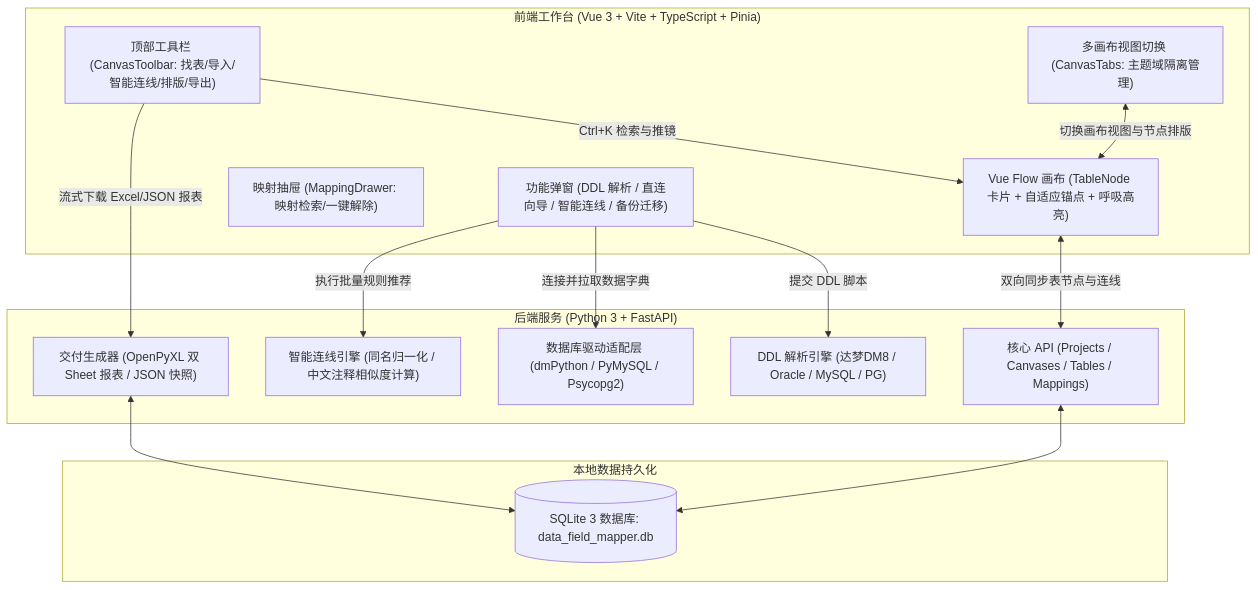
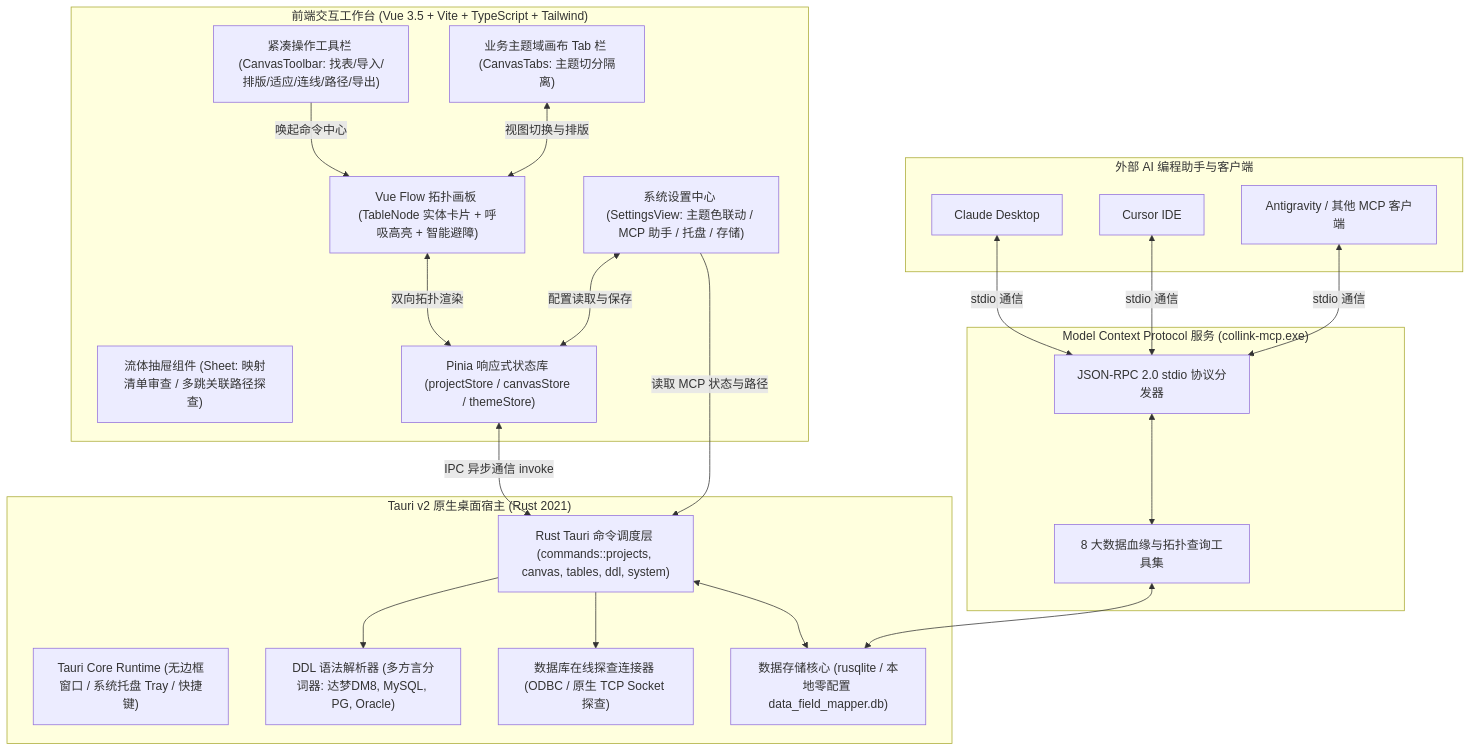
The diagram in README.md (Guobamao/ColLink), drawn with Mermaid before and after one commit. The commit also changed other lines of this file and 2 other files, not shown here.

Commit message:
docs: rewrite README with Tauri v2 architecture, MCP integration, and UI showcase

````diff
--- a/README.md
+++ b/README.md
@@ -143,32 +204,47 @@
 ```mermaid
 flowchart TD
-    subgraph Client ["前端工作台 (Vue 3 + Vite + TypeScript + Pinia)"]
-        UI_Toolbar["顶部工具栏 (CanvasToolbar: 找表/导入/智能连线/排版/导出)"]
-        UI_Tabs["多画布视图切换 (CanvasTabs: 主题域隔离管理)"]
-        UI_Canvas["Vue Flow 画布 (TableNode 卡片 + 自适应锚点 + 呼吸高亮)"]
-        UI_Drawer["映射抽屉 (MappingDrawer: 映射检索/一键解除)"]
-        UI_Dialogs["功能弹窗 (DDL 解析 / 直连向导 / 智能连线 / 备份迁移)"]
+    subgraph Client ["前端交互工作台 (Vue 3.5 + Vite + TypeScript + Tailwind)"]
+        Toolbar["紧凑操作工具栏 (CanvasToolbar: 找表/导入/排版/适应/连线/路径/导出)"]
+        Tabs["业务主题域画布 Tab 栏 (CanvasTabs: 主题切分隔离)"]
+        CanvasView["Vue Flow 拓扑画板 (TableNode 实体卡片 + 呼吸高亮 + 智能避障)"]
+        Drawers["流体抽屉组件 (Sheet: 映射清单审查 / 多跳关联路径探查)"]
+        SettingsPage["系统设置中心 (SettingsView: 主题色联动 / MCP 助手 / 托盘 / 存储)"]
+        Stores["Pinia 响应式状态库 (projectStore / canvasStore / themeStore)"]
     end
 
-    subgraph Server ["后端服务 (Python 3 + FastAPI)"]
-        API_Parser["DDL 解析引擎 (达梦DM8 / Oracle / MySQL / PG)"]
-        API_Connector["数据库驱动适配层 (dmPython / PyMySQL / Psycopg2)"]
-        API_AutoMap["智能连线引擎 (同名归一化 / 中文注释相似度计算)"]
-        API_Core["核心 API (Projects / Canvases / Tables / Mappings)"]
-        API_Export["交付生成器 (OpenPyXL 双 Sheet 报表 / JSON 快照)"]
+    subgraph DesktopApp ["Tauri v2 原生桌面宿主 (Rust 2021)"]
+        TauriCore["Tauri Core Runtime (无边框窗口 / 系统托盘 Tray / 快捷键)"]
+        Commands["Rust Tauri 命令调度层 (commands::projects, canvas, tables, ddl, system)"]
+        DDLEngine["DDL 语法解析器 (多方言分词器: 达梦DM8, MySQL, PG, Oracle)"]
+        DBConnector["数据库在线探查连接器 (ODBC / 原生 TCP Socket 探查)"]
+        StorageEngine["数据存储核心 (rusqlite / 本地零配置 data_field_mapper.db)"]
     end
 
-    subgraph Storage ["本地数据持久化"]
-        DB[(SQLite 3 数据库: data_field_mapper.db)]
+    subgraph MCPServer ["Model Context Protocol 服务 (collink-mcp.exe)"]
+        StdioRPC["JSON-RPC 2.0 stdio 协议分发器"]
+        MCPTools["8 大数据血缘与拓扑查询工具集"]
     end
 
-    UI_Toolbar -->|Ctrl+K 检索与推镜| UI_Canvas
-    UI_Tabs <-->|切换画布视图与节点排版| UI_Canvas
-    UI_Dialogs -->|提交 DDL 脚本| API_Parser
-    UI_Dialogs -->|连接并拉取数据字典| API_Connector
-    UI_Dialogs -->|执行批量规则推荐| API_AutoMap
-    UI_Canvas <-->|双向同步表节点与连线| API_Core
-    UI_Toolbar -->|流式下载 Excel/JSON 报表| API_Export
-    API_Core <--> DB
-    API_Export <--> DB
+    subgraph ExternalAI ["外部 AI 编程助手与客户端"]
+        Claude["Claude Desktop"]
+        Cursor["Cursor IDE"]
+        Antigravity["Antigravity / 其他 MCP 客户端"]
+    end
+
+    Toolbar -->|唤起命令中心| CanvasView
+    Tabs <-->|视图切换与排版| CanvasView
+    CanvasView <-->|双向拓扑渲染| Stores
+    Stores <-->|IPC 异步通信 invoke| Commands
+    SettingsPage <-->|配置读取与保存| Stores
+    SettingsPage -->|读取 MCP 状态与路径| Commands
+    
+    Commands --> DDLEngine
+    Commands --> DBConnector
+    Commands <--> StorageEngine
+
+    Claude <-->|stdio 通信| StdioRPC
+    Cursor <-->|stdio 通信| StdioRPC
+    Antigravity <-->|stdio 通信| StdioRPC
+    StdioRPC <--> MCPTools
+    MCPTools <--> StorageEngine
 ```
````
